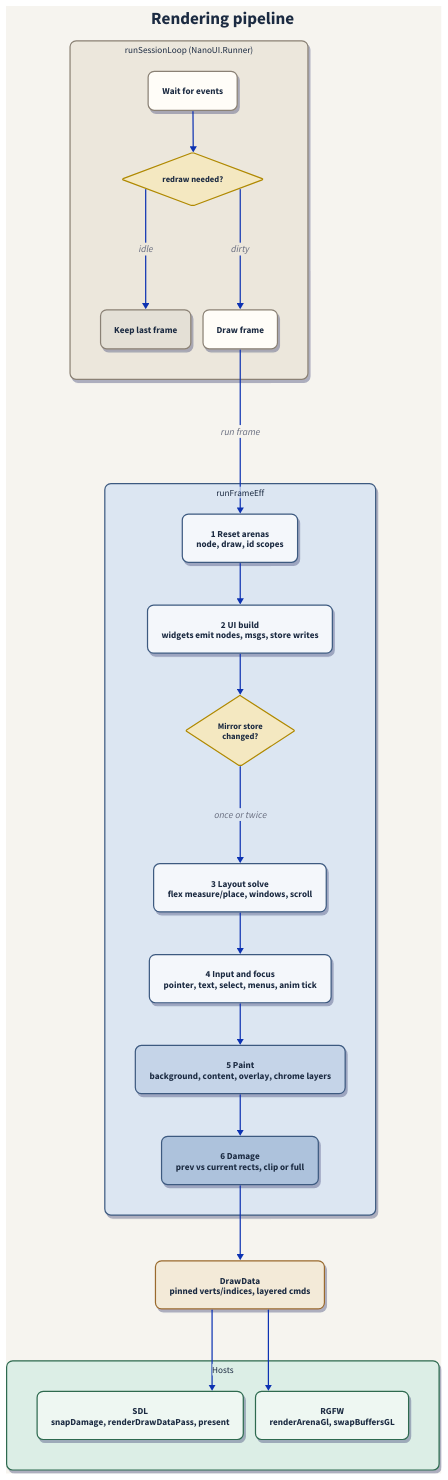
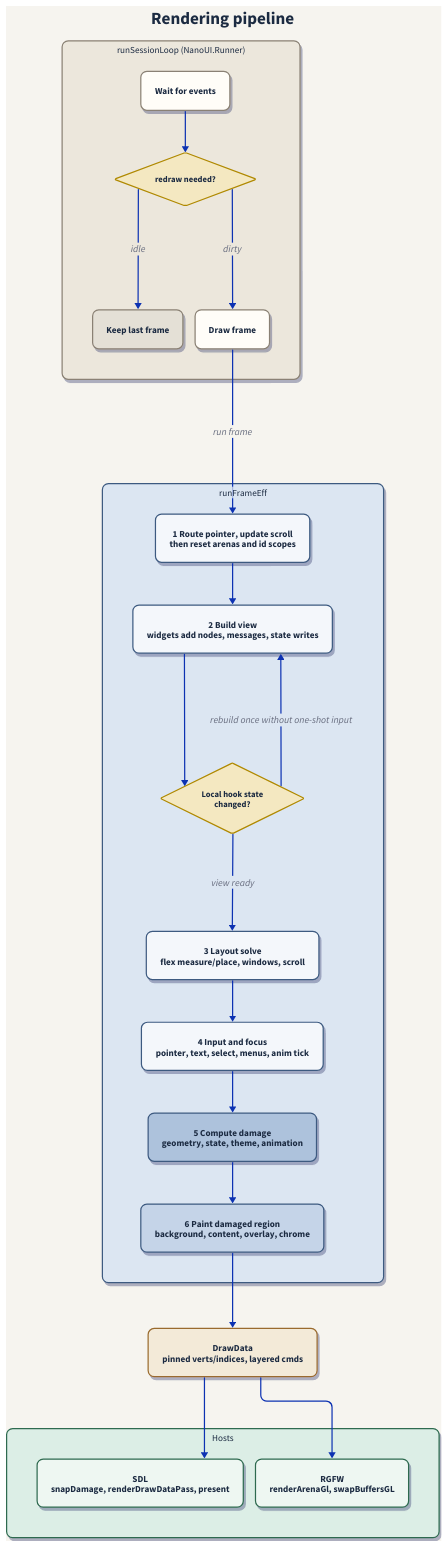
One commit to goolord/nano-ui changed the diagram in docs/rendering-pipeline.d2. Above: the diagram before and after it, drawn with D2. The commit also changed 143 other files, not shown here.

```diff
--- a/docs/rendering-pipeline.d2
+++ b/docs/rendering-pipeline.d2
@@ -1,138 +1,139 @@
 # One runSessionLoop pass: wait for events, run a frame when a redraw is needed, present.
 # Render: d2 docs/rendering-pipeline.d2 docs/rendering-pipeline.svg
 
 vars: {
   d2-config: {
     layout-engine: elk
     pad: 48
   }
 }
 
 direction: down
 
 classes: {
   box: {
     style: {
       border-radius: 10
       font-size: 15
       font-color: "#1b2a41"
       stroke-width: 2
       shadow: true
     }
   }
   gate: {
     shape: diamond
     style: {
       font-size: 14
       font-color: "#1b2a41"
       fill: "#f4e8c1"
       stroke: "#b08900"
       stroke-width: 2
     }
   }
 }
 
 style.fill: "#f6f4ef"
 style.stroke: "#f6f4ef"
 
 heading: {
   label: Rendering pipeline
   near: top-center
   shape: text
   style: {
     font-size: 28
     bold: true
     font-color: "#1b2a41"
   }
 }
 
 idle: "runSessionLoop (NanoUI.Runner)" {
   class: box
   style.fill: "#ece7dc"
   style.stroke: "#8a8174"
   direction: down
 
   poll: Wait for events { class: box; style.fill: "#fffdf8"; style.stroke: "#8a8174" }
   gate: redraw needed? { class: gate }
   skip: Keep last frame { class: box; style.fill: "#e4e0d6"; style.stroke: "#8a8174" }
   present: Draw frame { class: box; style.fill: "#fffdf8"; style.stroke: "#8a8174" }
 
   poll -> gate
   gate -> skip: idle
   gate -> present: dirty
 }
 
 frame: runFrameEff {
   class: box
   style.fill: "#dce6f2"
   style.stroke: "#3d5a80"
   direction: down
 
-  reset: "1  Reset arenas\nnode, draw, id scopes" {
+  reset: "1  Route pointer, update scroll\nthen reset arenas and id scopes" {
     class: box
     style.fill: "#f4f7fb"
     style.stroke: "#3d5a80"
   }
-  build: "2  UI build\nwidgets emit nodes, msgs, store writes" {
+  build: "2  Build view\nwidgets add nodes, messages, state writes" {
     class: box
     style.fill: "#f4f7fb"
     style.stroke: "#3d5a80"
   }
-  mirror: "Mirror store\nchanged?" {
+  mirror: "Local hook state\nchanged?" {
     class: gate
   }
   layout: "3  Layout solve\nflex measure/place, windows, scroll" {
     class: box
     style.fill: "#f4f7fb"
     style.stroke: "#3d5a80"
   }
   input: "4  Input and focus\npointer, text, select, menus, anim tick" {
     class: box
     style.fill: "#f4f7fb"
     style.stroke: "#3d5a80"
   }
-  paint: "5  Paint\nbackground, content, overlay, chrome layers" {
+  paint: "6  Paint damaged region\nbackground, content, overlay, chrome" {
     class: box
     style.fill: "#c5d4e8"
     style.stroke: "#3d5a80"
   }
-  damage: "6  Damage\nprev vs current rects, clip or full" {
+  damage: "5  Compute damage\ngeometry, state, theme, animation" {
     class: box
     style.fill: "#adc2dc"
     style.stroke: "#3d5a80"
   }
 
   reset -> build
   build -> mirror
-  mirror -> layout: once or twice
-  layout -> input -> paint -> damage
+  mirror -> build: rebuild once without one-shot input
+  mirror -> layout: view ready
+  layout -> input -> damage -> paint
 }
 
 drawdata: "DrawData\npinned verts/indices, layered cmds" {
   class: box
   style.fill: "#f3ead8"
   style.stroke: "#9a6b2f"
 }
 
 hosts: Hosts {
   class: box
   style.fill: "#dceee6"
   style.stroke: "#2d6a4f"
   direction: right
 
   sdl: "SDL\nsnapDamage, renderDrawDataPass, present" {
     class: box
     style.fill: "#eef7f2"
     style.stroke: "#2d6a4f"
   }
   rgfw: "RGFW\nrenderArenaGl, swapBuffersGL" {
     class: box
     style.fill: "#eef7f2"
     style.stroke: "#2d6a4f"
   }
 }
 
 idle.present -> frame.reset: run frame
-frame.damage -> drawdata
+frame.paint -> drawdata
 drawdata -> hosts.sdl
 drawdata -> hosts.rgfw
```
